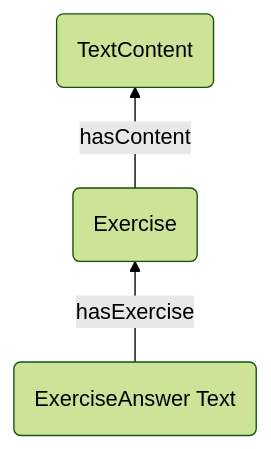
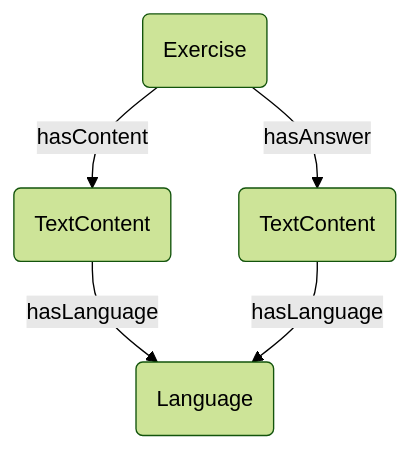
One commit to Explik/diybirdyapp changed the ninth of 10 diagrams in docs/graph-representation.md. Above: the diagram before and after it, drawn with Mermaid (forest theme). The commit also changed other lines of this file, not shown here.

Commit message:
Updating graph representation prior to development

````diff
--- a/docs/graph-representation.md
+++ b/docs/graph-representation.md
@@ -114,9 +121,12 @@
 ```mermaid
-graph BT
-V1(Exercise)
-V2(TextContent)
-V3(ExerciseAnswer Text)
+graph TB
+Exercise(Exercise)
+TextContent1(TextContent)
+TextContent2(TextContent)
+Language(Language)
 
-V1--hasContent-->V2
-V3--hasExercise-->V1
+Exercise--hasContent-->TextContent1
+Exercise--hasAnswer-->TextContent2
+TextContent1--hasLanguage-->Language
+TextContent2--hasLanguage-->Language
 ```
````
